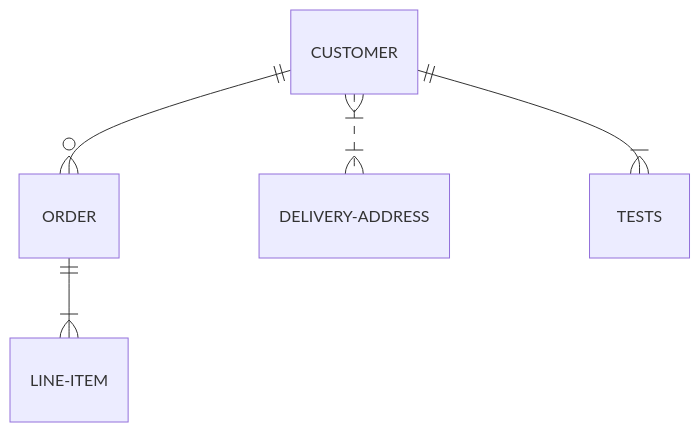
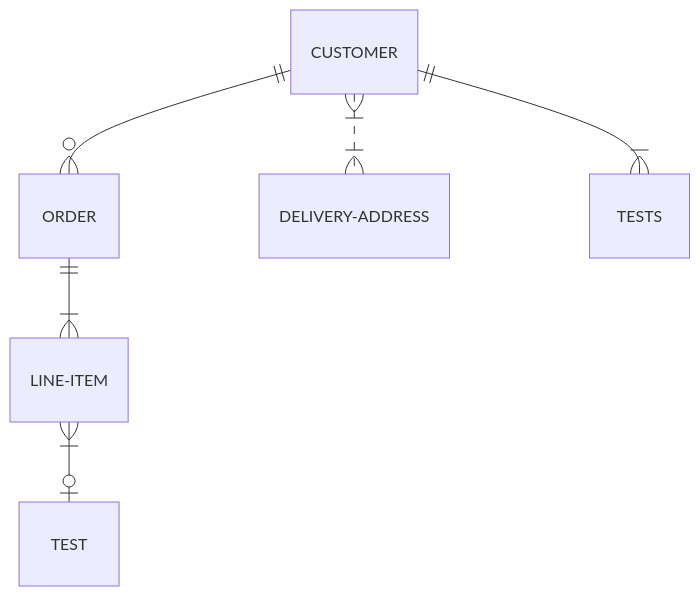
Before and after one commit to spilman6/courses: the first of 3 diagrams in articles/cpp/getting-started.md, drawn with Mermaid. The commit also changed other lines of this file, not shown here.

````diff
--- a/articles/cpp/getting-started.md
+++ b/articles/cpp/getting-started.md
@@ -149,8 +149,9 @@
 ```mermaid
 erDiagram
 
 CUSTOMER  ||--o{  ORDER : ""
 CUSTOMER  }|..|{  DELIVERY-ADDRESS :  ""
 CUSTOMER ||--|{ TESTS : ""
 ORDER  ||--|{  LINE-ITEM :  ""
+LINE-ITEM }|--o| TEST : ""
 ```
````
